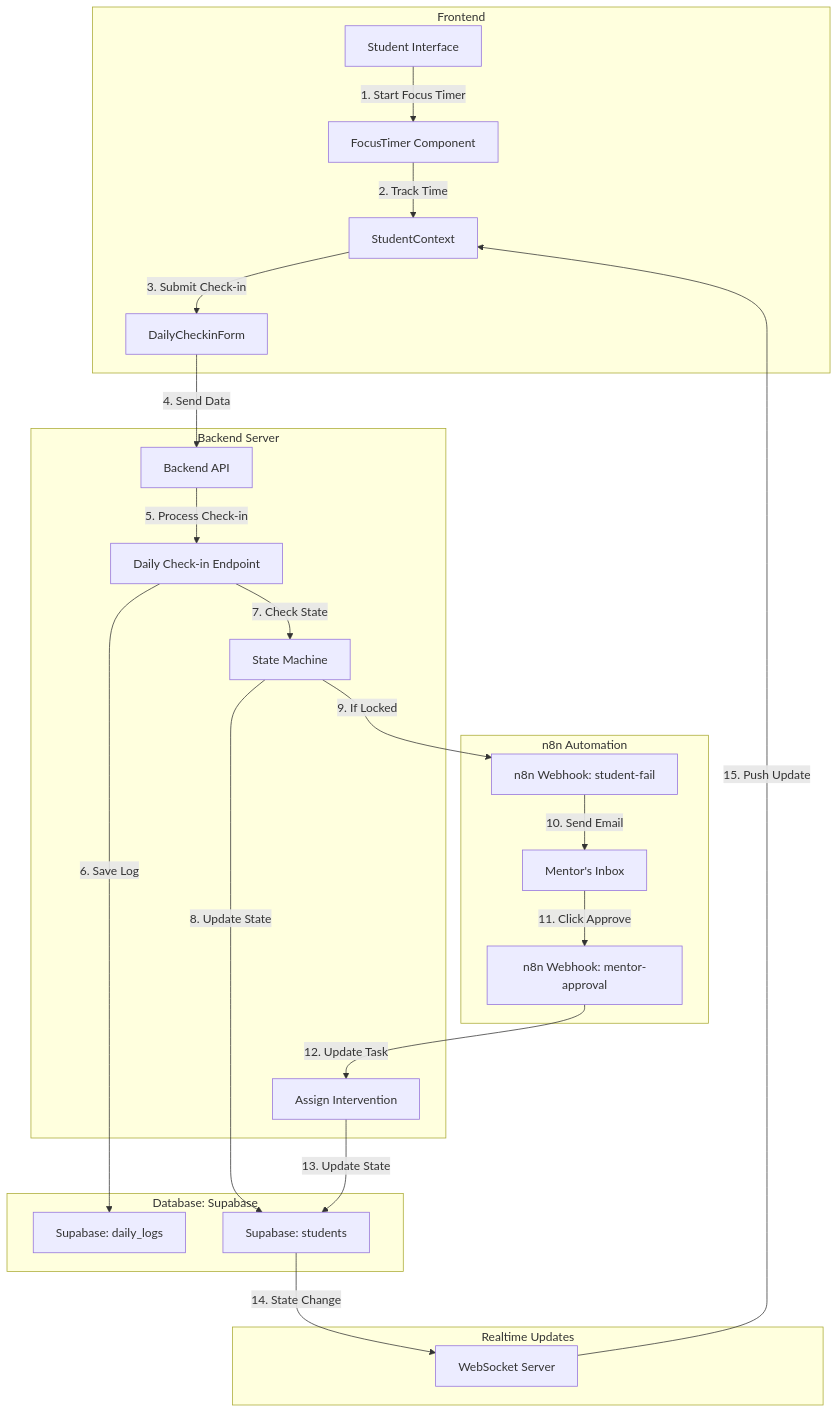
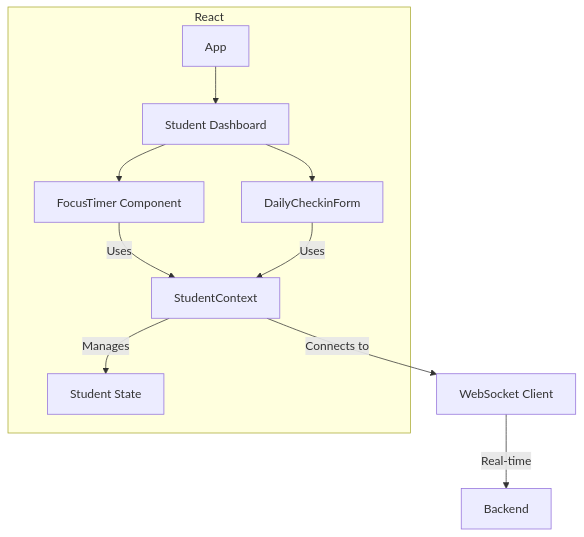
Before and after one commit to ashut0shj/FocusLoop-alcoviai-assignment: the first of 6 diagrams in README.md, drawn with Mermaid. The commit also changed other lines of this file, not shown here.

````diff
--- a/README.md
+++ b/README.md
@@ -35,55 +35,21 @@
 ```mermaid
-flowchart TD
-    %% Frontend Components
-    A[Student Interface] -->|1. Start Focus Timer| B[FocusTimer Component]
-    B -->|2. Track Time| C[StudentContext]
-    C -->|3. Submit Check-in| D[DailyCheckinForm]
-    D -->|4. Send Data| E[Backend API]
+flowchart TB
+    A[App] --> B[Student Dashboard]
+    B --> C[FocusTimer Component]
+    B --> D[DailyCheckinForm]
+    C -->|Uses| E[StudentContext]
+    D -->|Uses| E
+    E -->|Manages| F[Student State]
+    E -->|Connects to| G[WebSocket Client]
     
-    %% Backend Flow
-    E -->|5. Process Check-in| F[Daily Check-in Endpoint]
-    F -->|6. Save Log| G[Supabase: daily_logs]
-    F -->|7. Check State| H[State Machine]
-    H -->|8. Update State| I[Supabase: students]
-    
-    %% n8n Automation
-    H -->|9. If Locked| J[n8n Webhook: student-fail]
-    J -->|10. Send Email| K[Mentor's Inbox]
-    K -->|11. Click Approve| L[n8n Webhook: mentor-approval]
-    L -->|12. Update Task| M[Assign Intervention]
-    M -->|13. Update State| I
-    
-    %% Real-time Updates
-    I -->|14. State Change| N[WebSocket Server]
-    N -->|15. Push Update| C
-    
-    %% Subgraphs for Clarity
-    subgraph Frontend
+    subgraph React
         A
         B
         C
         D
+        E
+        F
     end
     
-    subgraph Backend[Backend Server]
-        E
-        F
-        H
-        M
-    end
-    
-    subgraph Database[Database: Supabase]
-        G
-        I
-    end
-    
-    subgraph Automation[n8n Automation]
-        J
-        K
-        L
-    end
-    
-    subgraph Realtime[Realtime Updates]
-        N
-    end
+    G -->|Real-time| H[Backend]
 ```
````
